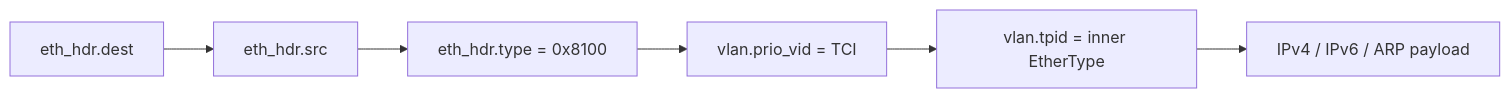
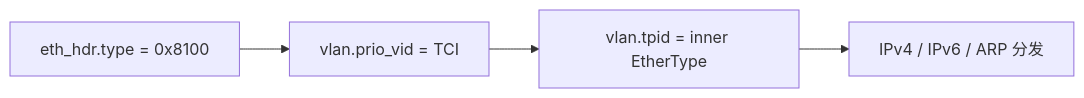
One commit to wdfk-prog/lwIP-Source-Lab changed the third of 10 diagrams in docs/23-vlan-8021q-offload.md. Above: the diagram before and after it, drawn with Mermaid. The commit also changed other lines of this file and 49 other files, not shown here.

````diff
--- a/docs/23-vlan-8021q-offload.md
+++ b/docs/23-vlan-8021q-offload.md
@@ -61,8 +132,6 @@
 ```mermaid
 flowchart LR
-    A["eth_hdr.dest"] --> B["eth_hdr.src"]
-    B --> C["eth_hdr.type = 0x8100"]
-    C --> D["vlan.prio_vid = TCI"]
-    D --> E["vlan.tpid = inner EtherType"]
-    E --> F["IPv4 / IPv6 / ARP payload"]
+    A["eth_hdr.type = 0x8100"] --> B["vlan.prio_vid = TCI"]
+    B --> C["vlan.tpid = inner EtherType"]
+    C --> D["IPv4 / IPv6 / ARP 分发"]
 ```
````
